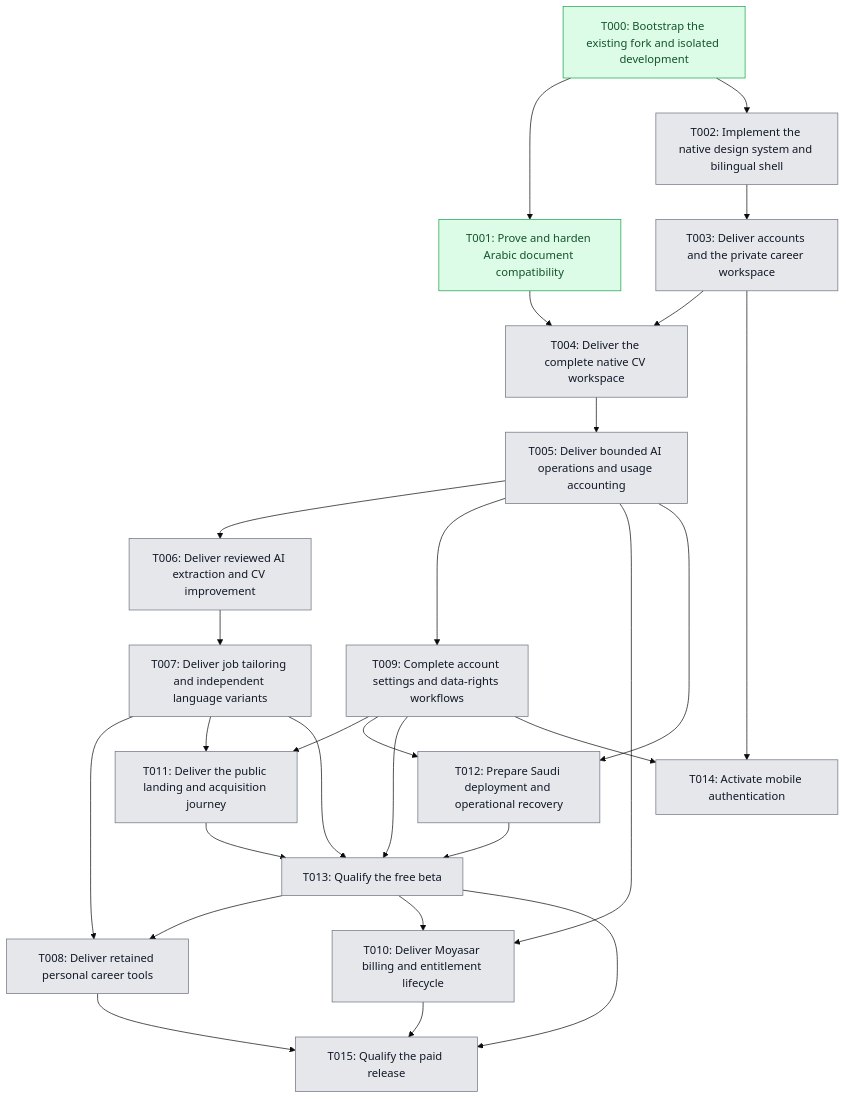
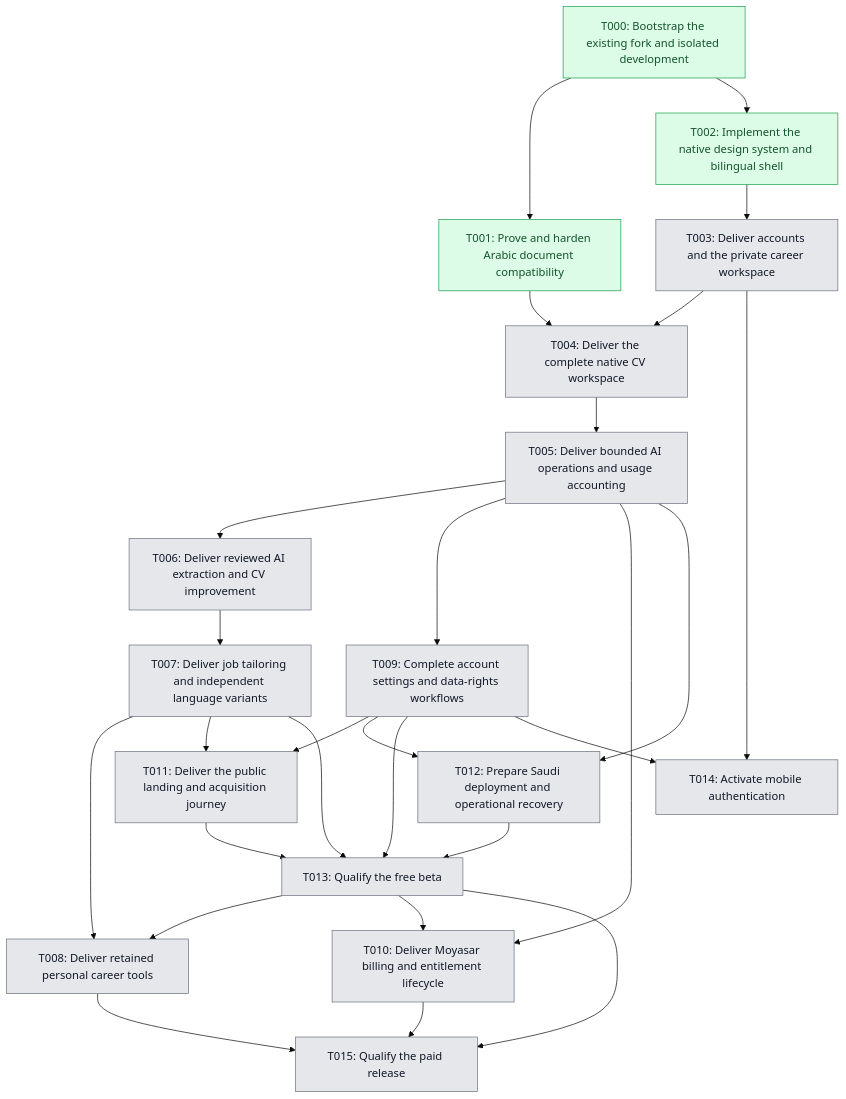
The diagram in Planning/roadmap/dependencies.mmd (0-sayed/master-cv), drawn with Mermaid (base theme) before and after one commit. The commit also changed 1 other file, not shown here.

Commit message:
docs(roadmap): mark merged T002 complete
Reflect merged PR #11 in the task checklist and dependency graph.
Keep T003 pending until its own PR is merged.

Claude-Session: https://claude.ai/code/session_01SL1airmv8bya1LvJWScv8u

```diff
--- a/Planning/roadmap/dependencies.mmd
+++ b/Planning/roadmap/dependencies.mmd
@@ -1,49 +1,49 @@
 flowchart TD
     T000["T000: Bootstrap the existing fork and isolated development"]
     T001["T001: Prove and harden Arabic document compatibility"]
     T002["T002: Implement the native design system and bilingual shell"]
     T003["T003: Deliver accounts and the private career workspace"]
     T004["T004: Deliver the complete native CV workspace"]
     T005["T005: Deliver bounded AI operations and usage accounting"]
     T006["T006: Deliver reviewed AI extraction and CV improvement"]
     T007["T007: Deliver job tailoring and independent language variants"]
     T008["T008: Deliver retained personal career tools"]
     T009["T009: Complete account settings and data-rights workflows"]
     T010["T010: Deliver Moyasar billing and entitlement lifecycle"]
     T011["T011: Deliver the public landing and acquisition journey"]
     T012["T012: Prepare Saudi deployment and operational recovery"]
     T013["T013: Qualify the free beta"]
     T014["T014: Activate mobile authentication"]
     T015["T015: Qualify the paid release"]
 
     T000 --> T001
     T000 --> T002
     T002 --> T003
     T001 --> T004
     T003 --> T004
     T004 --> T005
     T005 --> T006
     T006 --> T007
     T007 --> T008
     T013 --> T008
     T005 --> T009
     T005 --> T010
     T013 --> T010
     T007 --> T011
     T009 --> T011
     T005 --> T012
     T009 --> T012
     T007 --> T013
     T009 --> T013
     T011 --> T013
     T012 --> T013
     T003 --> T014
     T009 --> T014
     T008 --> T015
     T010 --> T015
     T013 --> T015
 
     classDef pending fill:#e5e7eb,stroke:#6b7280,color:#111827;
     classDef done fill:#dcfce7,stroke:#16a34a,color:#14532d;
-    class T000,T001 done;
-    class T002,T003,T004,T005,T006,T007,T008,T009,T010,T011,T012,T013,T014,T015 pending;
+    class T000,T001,T002 done;
+    class T003,T004,T005,T006,T007,T008,T009,T010,T011,T012,T013,T014,T015 pending;
```
